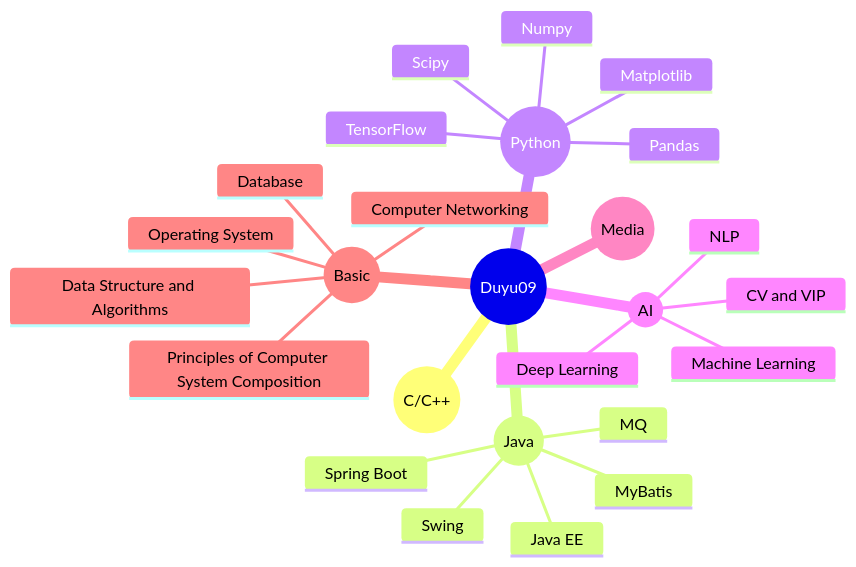
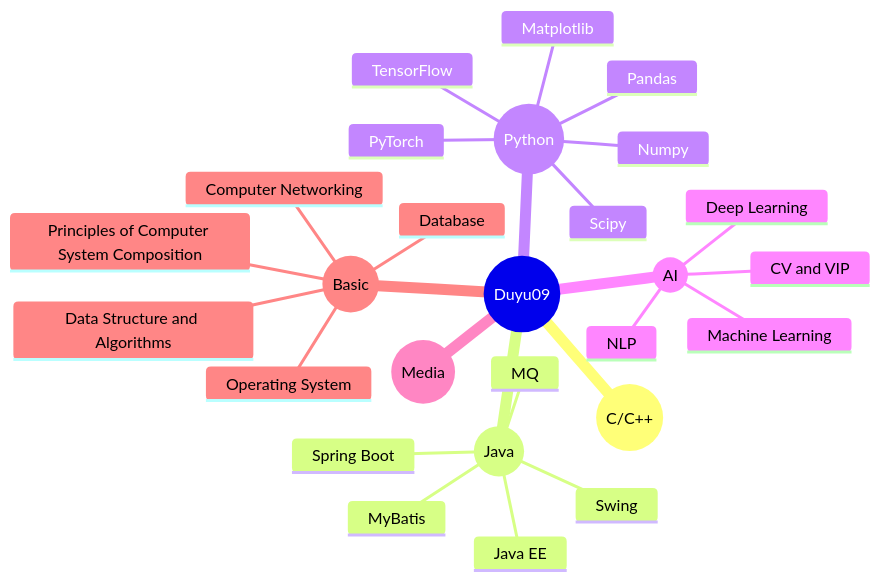
One commit to duyu09/Duyu09 changed the diagram in README.md. Above: the diagram before and after it, drawn with Mermaid. The commit also changed other lines of this file, not shown here.

````diff
--- a/README.md
+++ b/README.md
@@ -386,31 +386,32 @@
 ```mermaid
 mindmap
   root((Duyu09))
       root((C/C++))
         
       root((Java))
         Java EE
         Swing
         Spring Boot
         MyBatis
         MQ
       root((Python))
         Numpy
         Scipy
         Pandas
         Matplotlib
         TensorFlow
+        PyTorch
       root((AI))
         Machine Learning
         Deep Learning
         NLP
         CV and VIP
       root((Media))
         
       root((Basic))
         Computer Networking
         Operating System
         Data Structure and Algorithms
         Principles of Computer System Composition
         Database
 ```
````
